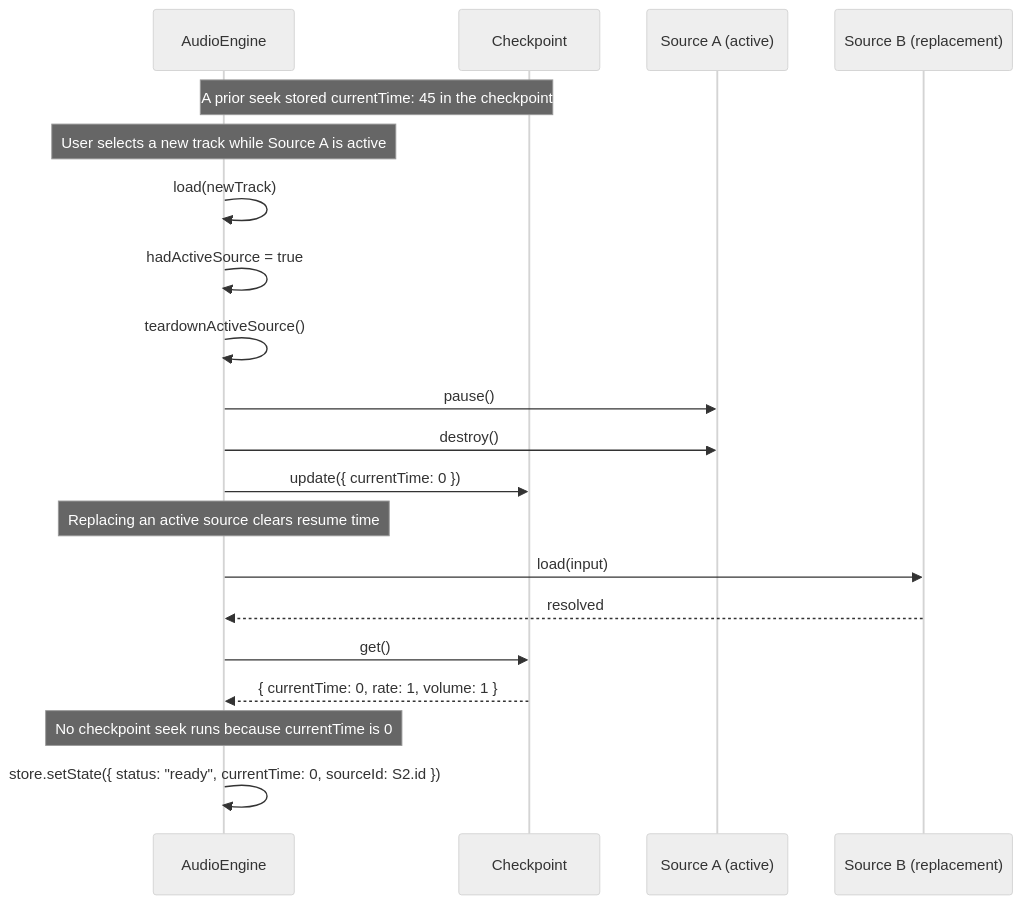
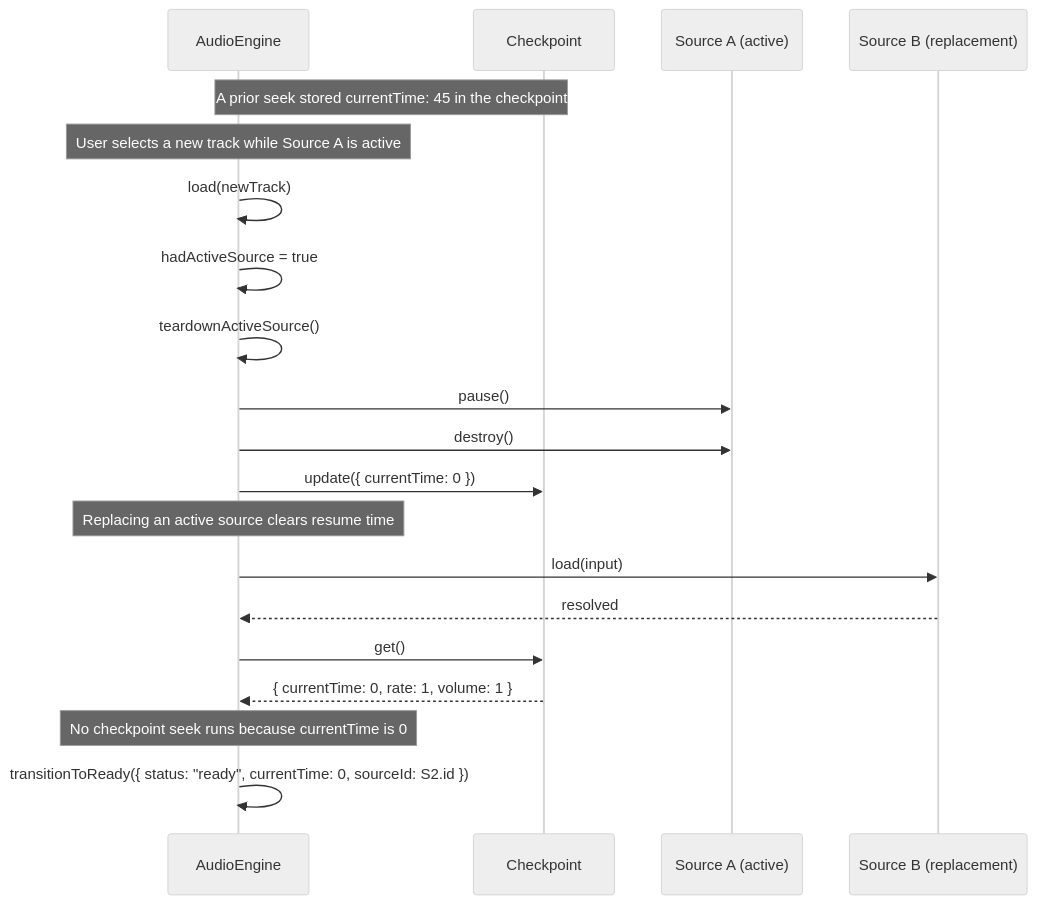
The fifth of 5 diagrams in docs/diagrams/2026-03-10-web-audio-player-flows.md (kalynbeach/kkb), drawn with Mermaid (neutral theme) before and after one commit. The commit also changed other lines of this file and 27 other files, not shown here.

````diff
--- a/docs/diagrams/2026-03-10-web-audio-player-flows.md
+++ b/docs/diagrams/2026-03-10-web-audio-player-flows.md
@@ -187,24 +203,24 @@
 ```mermaid
 sequenceDiagram
     participant Engine as AudioEngine
     participant CP as Checkpoint
     participant S1 as Source A (active)
     participant S2 as Source B (replacement)
 
     Note over Engine,CP: A prior seek stored currentTime: 45 in the checkpoint
 
     Note over Engine: User selects a new track while Source A is active
     Engine->>Engine: load(newTrack)
     Engine->>Engine: hadActiveSource = true
     Engine->>Engine: teardownActiveSource()
     Engine->>S1: pause()
     Engine->>S1: destroy()
     Engine->>CP: update({ currentTime: 0 })
     Note over Engine: Replacing an active source clears resume time
     Engine->>S2: load(input)
     S2-->>Engine: resolved
     Engine->>CP: get()
     CP-->>Engine: { currentTime: 0, rate: 1, volume: 1 }
     Note over Engine: No checkpoint seek runs because currentTime is 0
-    Engine->>Engine: store.setState({ status: "ready", currentTime: 0, sourceId: S2.id })
+    Engine->>Engine: transitionToReady({ status: "ready", currentTime: 0, sourceId: S2.id })
 ```
````
